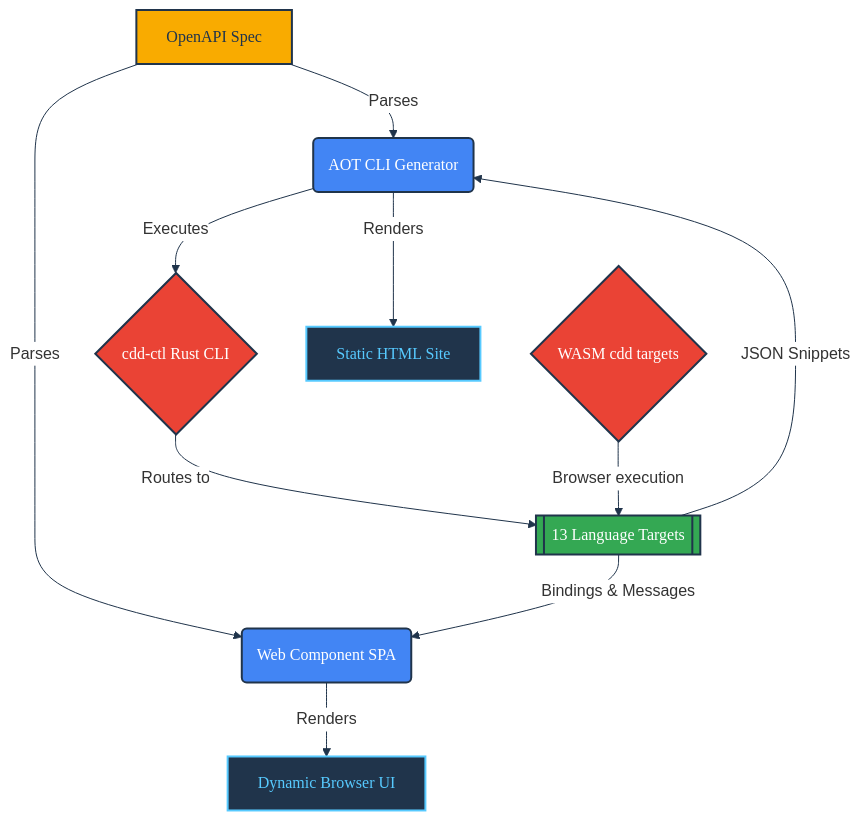
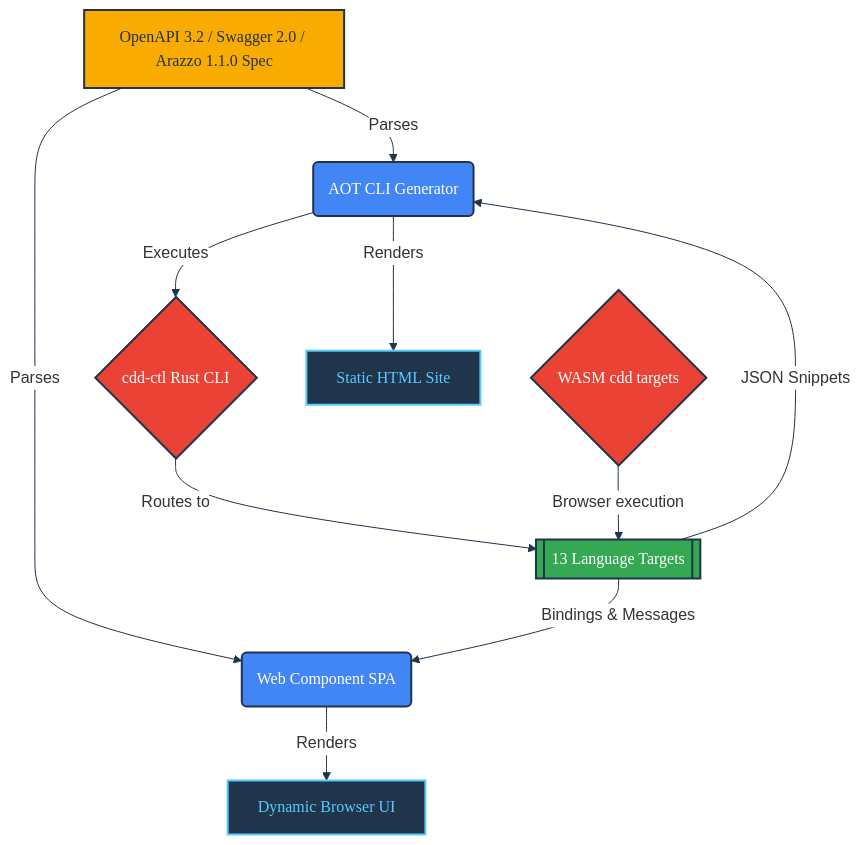
One commit to SamuelMarks/cdd-docs-ui changed the diagram in ARCHITECTURE.md. Above: the diagram before and after it, drawn with Mermaid. The commit also changed other lines of this file and 47 other files, not shown here.

````diff
--- a/ARCHITECTURE.md
+++ b/ARCHITECTURE.md
@@ -9,38 +9,38 @@
 ```mermaid
 %%{
   init: {
     'theme': 'base',
     'themeVariables': {
       'fontFamily': 'Google Sans Normal, sans-serif',
       'lineColor': '#20344b',
       'textColor': '#20344b',
       'edgeLabelBackground': '#ffffff'
     }
   }
 }%%
 flowchart TD
     classDef headline font-family:'Google Sans Medium',fill:#4285f4,color:#ffffff,stroke:#20344b,stroke-width:2px
     classDef subhead font-family:'Roboto Mono Normal',fill:#f9ab00,color:#20344b,stroke:#20344b,stroke-width:2px
     classDef bodytext font-family:'Google Sans Normal',fill:#34a853,color:#ffffff,stroke:#20344b,stroke-width:2px
     classDef highlight font-family:'Google Sans Medium',fill:#ea4335,color:#ffffff,stroke:#20344b,stroke-width:2px
     classDef terminal font-family:'Google Sans Medium',fill:#20344b,color:#57caff,stroke:#57caff,stroke-width:2px
 
-    A[OpenAPI Spec]:::subhead
+    A[OpenAPI 3.2 / Swagger 2.0 / Arazzo 1.1.0 Spec]:::subhead
     B(AOT CLI Generator):::headline
     B2(Web Component SPA):::headline
     C{cdd-ctl Rust CLI}:::highlight
     C2{WASM cdd targets}:::highlight
     D[[13 Language Targets]]:::bodytext
     E[Static HTML Site]:::terminal
     F[Dynamic Browser UI]:::terminal
 
     A -- Parses --> B
     A -- Parses --> B2
     B -- Executes --> C
     C -- Routes to --> D
     C2 -- Browser execution --> D
     D -- JSON Snippets --> B
     D -- Bindings & Messages --> B2
     B -- Renders --> E
     B2 -- Renders --> F
 ```
````
